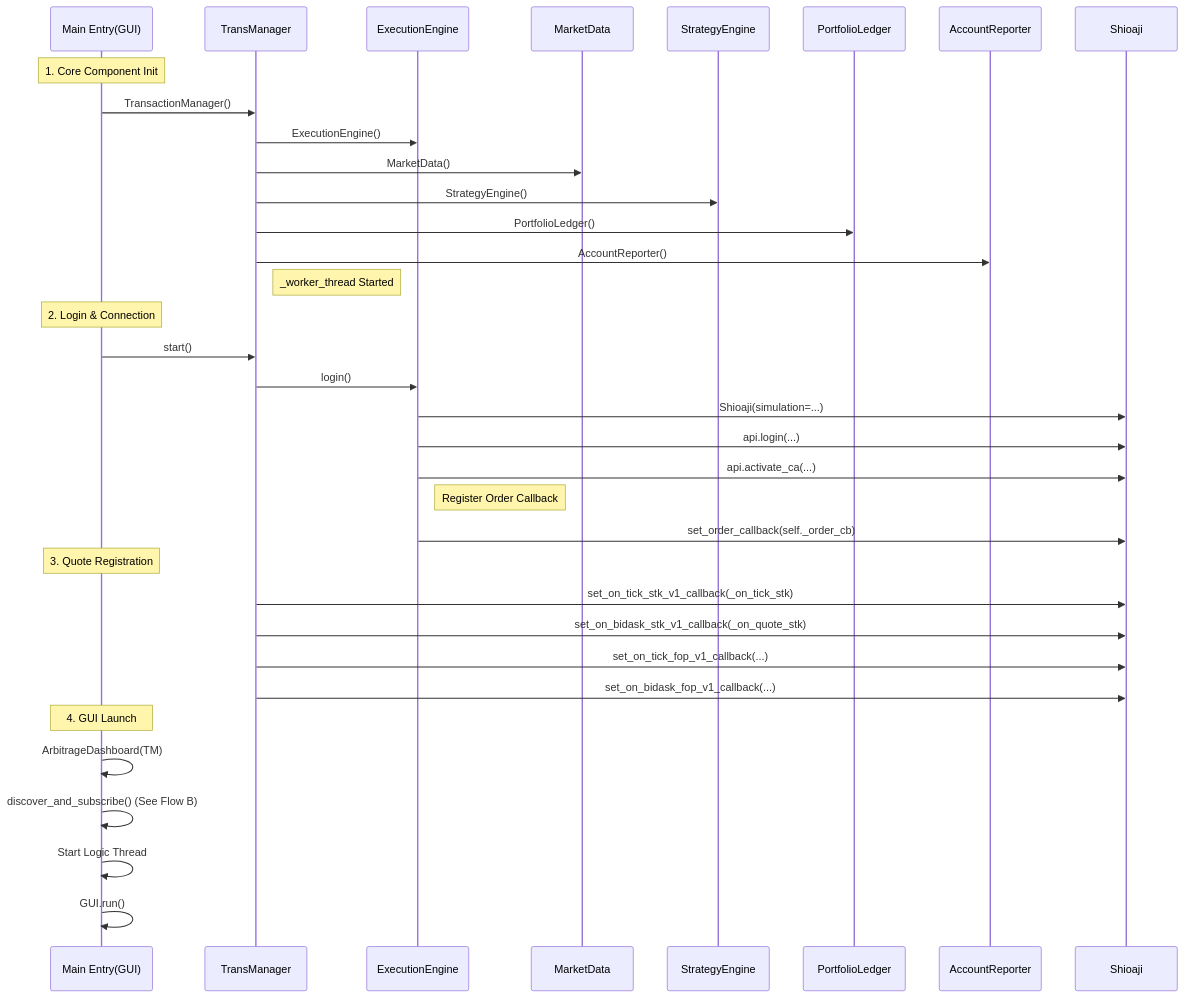
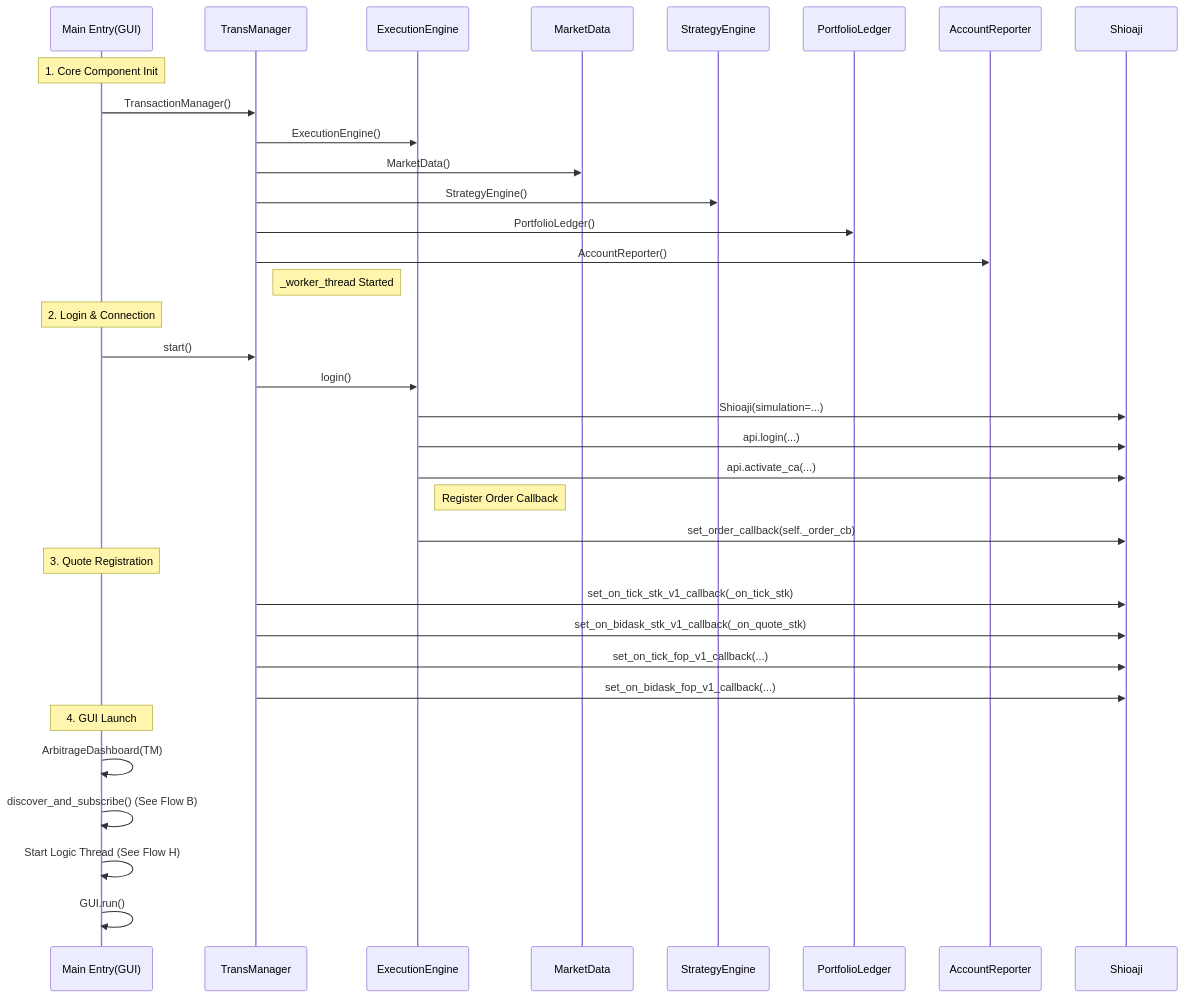
One commit to yupao-tsai/trading changed the second of 9 diagrams in source_code_interpretation.md. Above: the diagram before and after it, drawn with Mermaid. The commit also changed other lines of this file and 2 other files, not shown here.

````diff
--- a/source_code_interpretation.md
+++ b/source_code_interpretation.md
@@ -173,42 +183,42 @@
 ```mermaid
 sequenceDiagram
     participant Main as Main Entry(GUI)
     participant TM as TransManager
     participant Exec as ExecutionEngine
     participant MD as MarketData
     participant Strat as StrategyEngine
     participant Ledger as PortfolioLedger
     participant Rep as AccountReporter
     participant API as Shioaji
 
     Note over Main: 1. Core Component Init
     Main->>TM: TransactionManager()
     TM->>Exec: ExecutionEngine()
     TM->>MD: MarketData()
     TM->>Strat: StrategyEngine()
     TM->>Ledger: PortfolioLedger()
     TM->>Rep: AccountReporter()
     
     Note right of TM: _worker_thread Started
     
     Note over Main: 2. Login & Connection
     Main->>TM: start()
     TM->>Exec: login()
     Exec->>API: Shioaji(simulation=...)
     Exec->>API: api.login(...)
     Exec->>API: api.activate_ca(...)
     Note right of Exec: Register Order Callback
     Exec->>API: set_order_callback(self._order_cb)
     
     Note over Main: 3. Quote Registration
     TM->>API: set_on_tick_stk_v1_callback(_on_tick_stk)
     TM->>API: set_on_bidask_stk_v1_callback(_on_quote_stk)
     TM->>API: set_on_tick_fop_v1_callback(...)
     TM->>API: set_on_bidask_fop_v1_callback(...)
     
     Note over Main: 4. GUI Launch
     Main->>Main: ArbitrageDashboard(TM)
     Main->>Main: discover_and_subscribe() (See Flow B)
-    Main->>Main: Start Logic Thread
+    Main->>Main: Start Logic Thread (See Flow H)
     Main->>Main: GUI.run()
 ```
````
